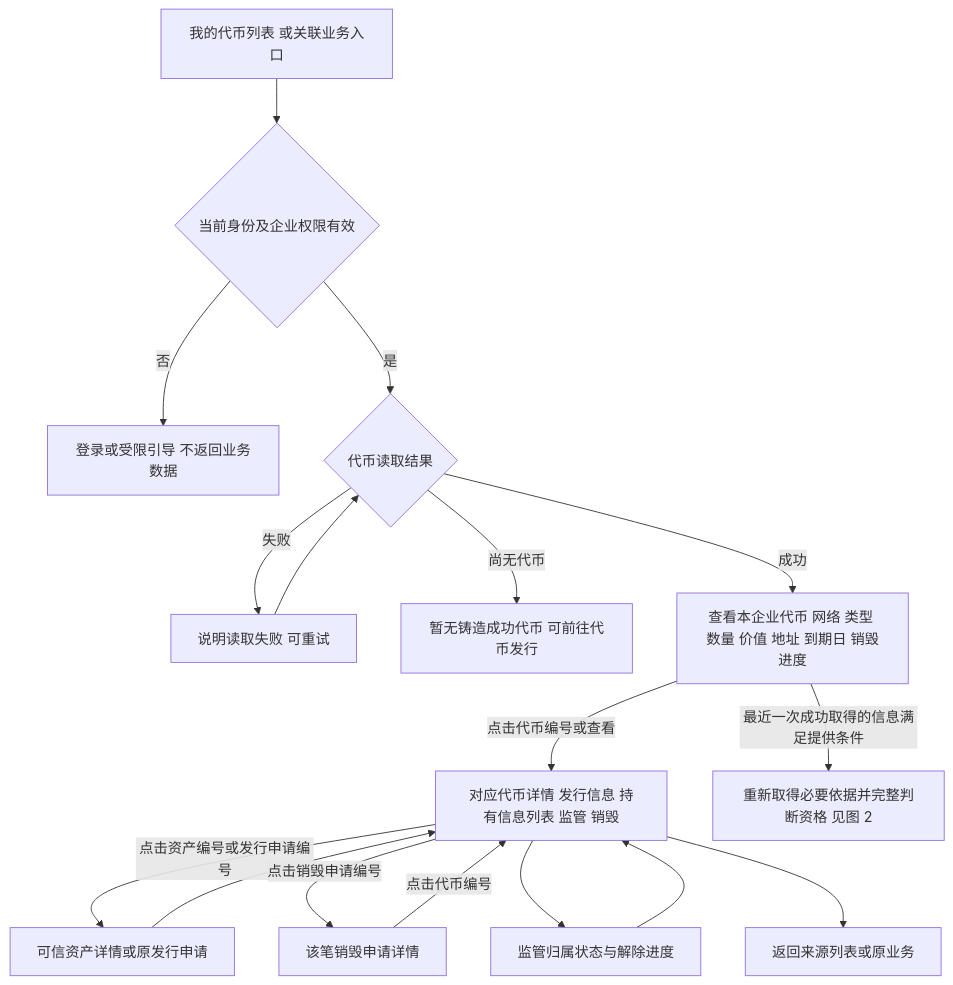
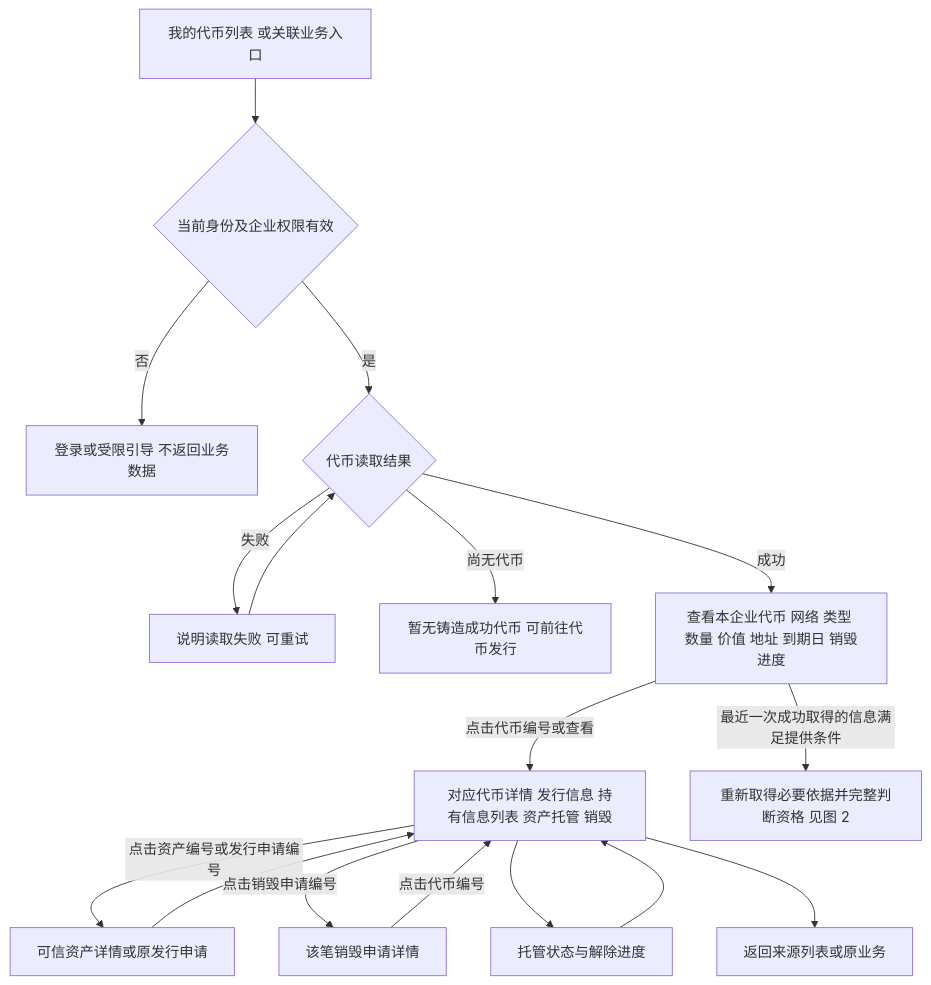
Before and after one commit to wxblockchain/Chain-Financing: the first of 4 diagrams in token-issuance-platform/PRD/面客端/M4a-我的代币与销毁申请/02-我的代币与销毁申请-流程图与状态机.md, drawn with Mermaid. The commit also changed other lines of this file and 10 other files, not shown here.

````diff
--- a/token-issuance-platform/PRD/面客端/M4a-我的代币与销毁申请/02-我的代币与销毁申请-流程图与状态机.md
+++ b/token-issuance-platform/PRD/面客端/M4a-我的代币与销毁申请/02-我的代币与销毁申请-流程图与状态机.md
@@ -17,19 +17,19 @@
 ```mermaid
 flowchart TD
     A[我的代币列表 或关联业务入口] --> B{当前身份及企业权限有效}
     B -->|否| C[登录或受限引导 不返回业务数据]
     B -->|是| D{代币读取结果}
     D -->|失败| E[说明读取失败 可重试]
     E --> D
     D -->|尚无代币| F[暂无铸造成功代币 可前往代币发行]
     D -->|成功| G[查看本企业代币 网络 类型 数量 价值 地址 到期日 销毁进度]
-    G -->|点击代币编号或查看| H[对应代币详情 发行信息 持有信息列表 监管 销毁]
+    G -->|点击代币编号或查看| H[对应代币详情 发行信息 持有信息列表 资产托管 销毁]
     G -->|最近一次成功取得的信息满足提供条件| X[重新取得必要依据并完整判断资格 见图 2]
     H -->|点击资产编号或发行申请编号| I[可信资产详情或原发行申请]
     I --> H
     H -->|点击销毁申请编号| J[该笔销毁申请详情]
     J -->|点击代币编号| H
-    H --> P[监管归属状态与解除进度]
+    H --> P[托管状态与解除进度]
     P --> H
     H --> K[返回来源列表或原业务]
 ```
````
